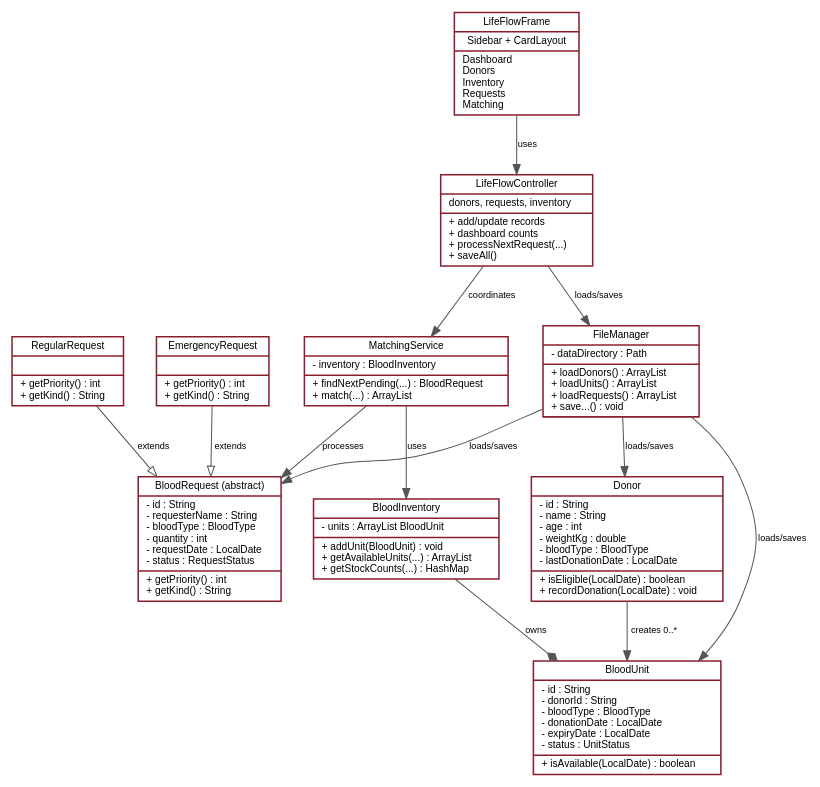
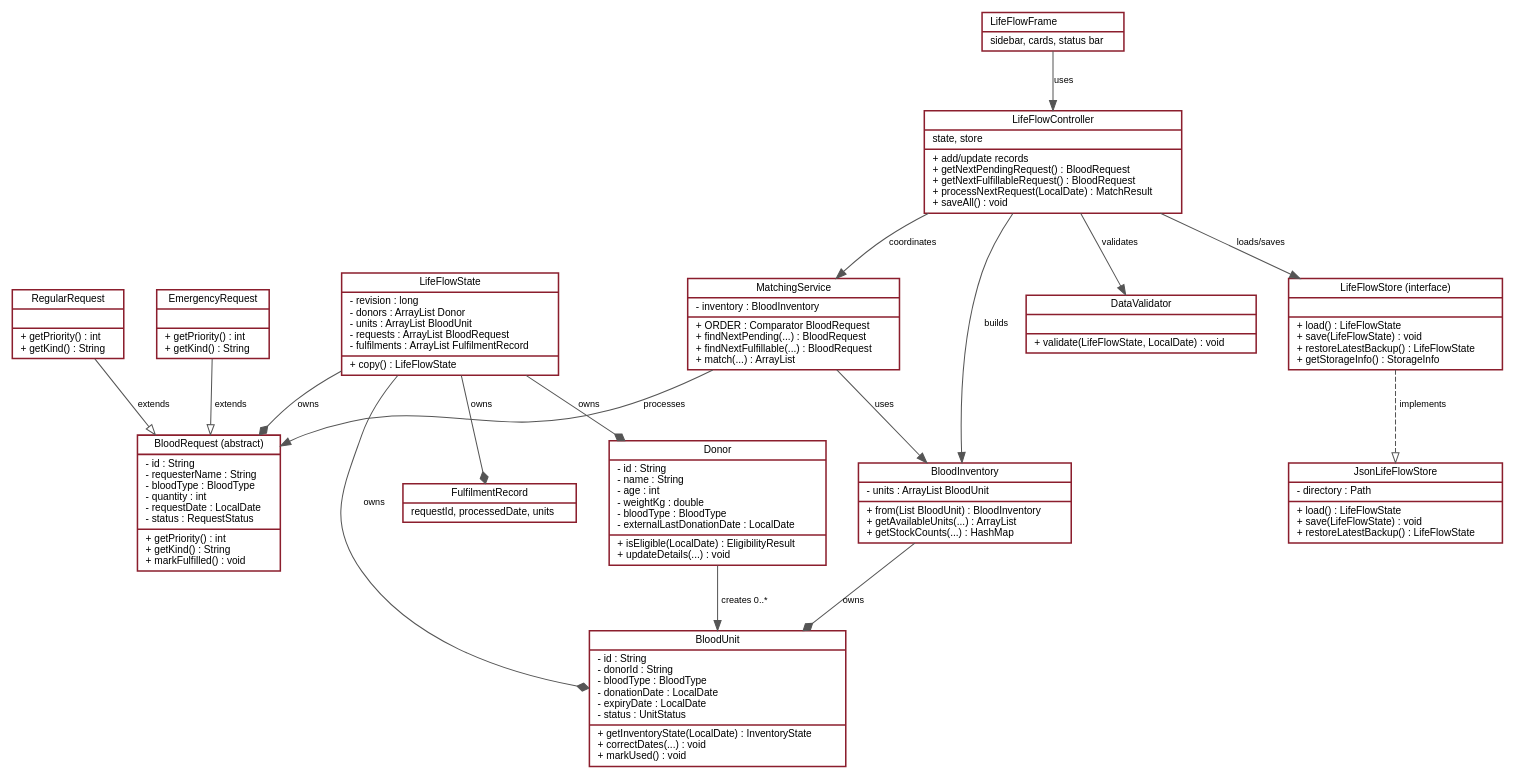
One commit to moha-r/LifeFlow changed the diagram in docs/lifeflow-uml.dot. Above: the diagram before and after it, drawn with Graphviz. The commit also changed 1 other file, not shown here.

Commit message:
docs: describe JSON persistence and real matching rules
architecture.md and lifeflow-uml.dot still documented the retired FileManager
and donors.txt/blood_units.txt/requests.txt schema. Replace them with the
current JsonLifeFlowStore envelope, checksum and backup behaviour, the
LifeFlowState aggregate, MatchingService.ORDER, DataValidator, and the
next-pending vs next-fulfillable semantics.

```diff
--- a/docs/lifeflow-uml.dot
+++ b/docs/lifeflow-uml.dot
@@ -1,29 +1,37 @@
 digraph LifeFlow {
   graph [rankdir=TB, bgcolor="white", nodesep=0.45, ranksep=0.65];
   node [shape=record, fontname="Helvetica", fontsize=10, color="#8b1e2d", penwidth=1.5];
   edge [fontname="Helvetica", fontsize=9, color="#555555"];
 
-  BloodRequest [label="{BloodRequest (abstract)|- id : String\l- requesterName : String\l- bloodType : BloodType\l- quantity : int\l- requestDate : LocalDate\l- status : RequestStatus\l|+ getPriority() : int\l+ getKind() : String\l}"];
+  BloodRequest [label="{BloodRequest (abstract)|- id : String\l- requesterName : String\l- bloodType : BloodType\l- quantity : int\l- requestDate : LocalDate\l- status : RequestStatus\l|+ getPriority() : int\l+ getKind() : String\l+ markFulfilled() : void\l}"];
   RegularRequest [label="{RegularRequest||+ getPriority() : int\l+ getKind() : String\l}"];
   EmergencyRequest [label="{EmergencyRequest||+ getPriority() : int\l+ getKind() : String\l}"];
-  Donor [label="{Donor|- id : String\l- name : String\l- age : int\l- weightKg : double\l- bloodType : BloodType\l- lastDonationDate : LocalDate\l|+ isEligible(LocalDate) : boolean\l+ recordDonation(LocalDate) : void\l}"];
-  BloodUnit [label="{BloodUnit|- id : String\l- donorId : String\l- bloodType : BloodType\l- donationDate : LocalDate\l- expiryDate : LocalDate\l- status : UnitStatus\l|+ isAvailable(LocalDate) : boolean\l}"];
-  BloodInventory [label="{BloodInventory|- units : ArrayList BloodUnit\l|+ addUnit(BloodUnit) : void\l+ getAvailableUnits(...) : ArrayList\l+ getStockCounts(...) : HashMap\l}"];
-  MatchingService [label="{MatchingService|- inventory : BloodInventory\l|+ findNextPending(...) : BloodRequest\l+ match(...) : ArrayList\l}"];
-  FileManager [label="{FileManager|- dataDirectory : Path\l|+ loadDonors() : ArrayList\l+ loadUnits() : ArrayList\l+ loadRequests() : ArrayList\l+ save...() : void\l}"];
-  LifeFlowController [label="{LifeFlowController|donors, requests, inventory\l|+ add/update records\l+ dashboard counts\l+ processNextRequest(...)\l+ saveAll()\l}"];
-  LifeFlowFrame [label="{LifeFlowFrame|Sidebar + CardLayout|Dashboard\lDonors\lInventory\lRequests\lMatching\l}"];
+  Donor [label="{Donor|- id : String\l- name : String\l- age : int\l- weightKg : double\l- bloodType : BloodType\l- externalLastDonationDate : LocalDate\l|+ isEligible(LocalDate) : EligibilityResult\l+ updateDetails(...) : void\l}"];
+  BloodUnit [label="{BloodUnit|- id : String\l- donorId : String\l- bloodType : BloodType\l- donationDate : LocalDate\l- expiryDate : LocalDate\l- status : UnitStatus\l|+ getInventoryState(LocalDate) : InventoryState\l+ correctDates(...) : void\l+ markUsed() : void\l}"];
+  LifeFlowState [label="{LifeFlowState|- revision : long\l- donors : ArrayList Donor\l- units : ArrayList BloodUnit\l- requests : ArrayList BloodRequest\l- fulfilments : ArrayList FulfilmentRecord\l|+ copy() : LifeFlowState\l}"];
+  BloodInventory [label="{BloodInventory|- units : ArrayList BloodUnit\l|+ from(List BloodUnit) : BloodInventory\l+ getAvailableUnits(...) : ArrayList\l+ getStockCounts(...) : HashMap\l}"];
+  MatchingService [label="{MatchingService|- inventory : BloodInventory\l|+ ORDER : Comparator BloodRequest\l+ findNextPending(...) : BloodRequest\l+ findNextFulfillable(...) : BloodRequest\l+ match(...) : ArrayList\l}"];
+  DataValidator [label="{DataValidator||+ validate(LifeFlowState, LocalDate) : void\l}"];
+  LifeFlowStore [label="{LifeFlowStore (interface)||+ load() : LifeFlowState\l+ save(LifeFlowState) : void\l+ restoreLatestBackup() : LifeFlowState\l+ getStorageInfo() : StorageInfo\l}"];
+  JsonLifeFlowStore [label="{JsonLifeFlowStore|- directory : Path\l|+ load() : LifeFlowState\l+ save(LifeFlowState) : void\l+ restoreLatestBackup() : LifeFlowState\l}"];
+  LifeFlowController [label="{LifeFlowController|state, store\l|+ add/update records\l+ getNextPendingRequest() : BloodRequest\l+ getNextFulfillableRequest() : BloodRequest\l+ processNextRequest(LocalDate) : MatchResult\l+ saveAll() : void\l}"];
+  LifeFlowFrame [label="{LifeFlowFrame\l|sidebar, cards, status bar\l}"];
+  FulfilmentRecord [label="{FulfilmentRecord|requestId, processedDate, units\l}"];
 
   RegularRequest -> BloodRequest [arrowhead=empty, label="extends"];
   EmergencyRequest -> BloodRequest [arrowhead=empty, label="extends"];
   Donor -> BloodUnit [label="creates 0..*"];
+  LifeFlowState -> Donor [arrowhead=diamond, label="owns"];
+  LifeFlowState -> BloodUnit [arrowhead=diamond, label="owns"];
+  LifeFlowState -> BloodRequest [arrowhead=diamond, label="owns"];
+  LifeFlowState -> FulfilmentRecord [arrowhead=diamond, label="owns"];
   BloodInventory -> BloodUnit [arrowhead=diamond, label="owns"];
   MatchingService -> BloodInventory [label="uses"];
   MatchingService -> BloodRequest [label="processes"];
-  FileManager -> Donor [label="loads/saves"];
-  FileManager -> BloodUnit [label="loads/saves"];
-  FileManager -> BloodRequest [label="loads/saves"];
+  LifeFlowStore -> JsonLifeFlowStore [arrowhead=empty, style=dashed, label="implements"];
   LifeFlowController -> MatchingService [label="coordinates"];
-  LifeFlowController -> FileManager [label="loads/saves"];
+  LifeFlowController -> BloodInventory [label="builds"];
+  LifeFlowController -> DataValidator [label="validates"];
+  LifeFlowController -> LifeFlowStore [label="loads/saves"];
   LifeFlowFrame -> LifeFlowController [label="uses"];
 }
```
